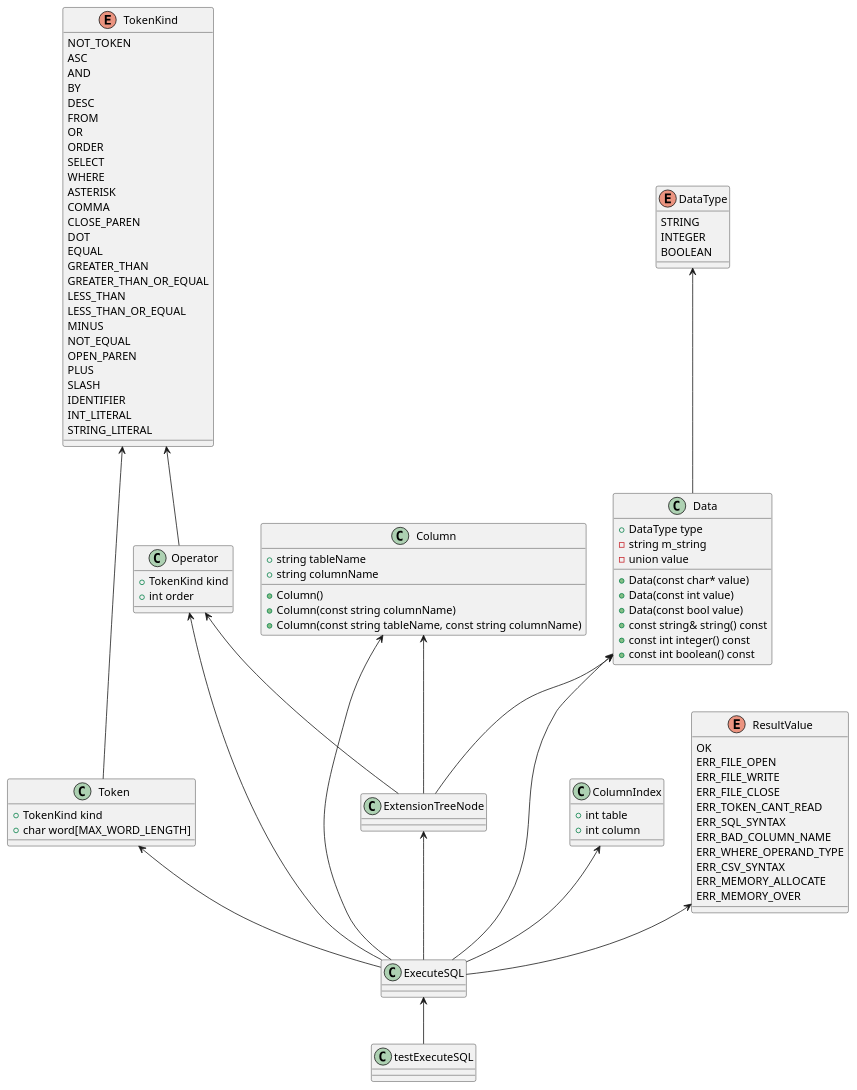
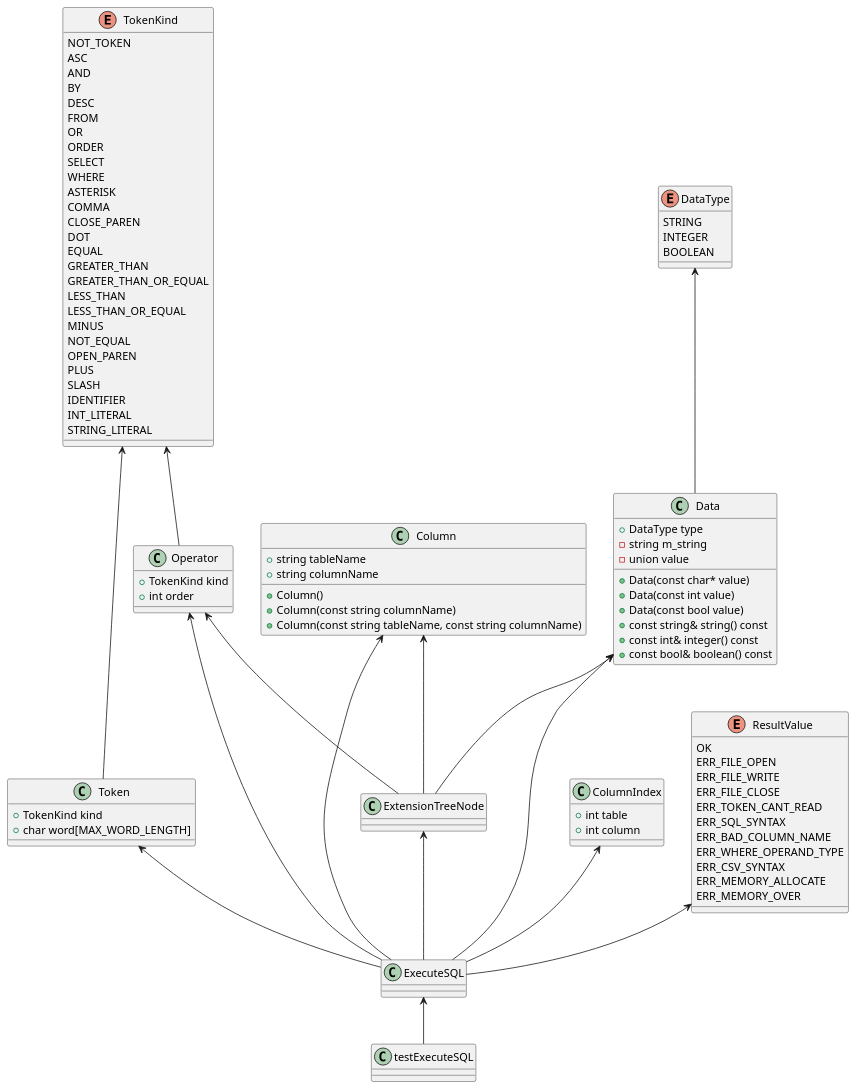
Before and after one commit to yotten/TinySQL: the diagram in ExecuteSQL.pu, drawn with PlantUML. The commit also changed 2 other files, not shown here.

```diff
--- a/ExecuteSQL.pu
+++ b/ExecuteSQL.pu
@@ -1,98 +1,98 @@
 @startuml
 
 class testExecuteSQL {}
 class ExecuteSQL {}
 class Data {
     +DataType type
 	-string m_string
 	-union value
 	+Data(const char* value)
 	+Data(const int value)
 	+Data(const bool value)
 	+const string& string() const
-	+const int integer() const
-	+const int boolean() const
+	+const int& integer() const
+	+const bool& boolean() const
 }
 class Operator{
     +TokenKind kind
     +int order
 }
 class Token{
     +TokenKind kind
     +char word[MAX_WORD_LENGTH]
 }
 class ExtensionTreeNode{}
 class ColumnIndex{
     +int table
     +int column
 }
 class Column{
     +string tableName
     +string columnName
     +Column()
     +Column(const string columnName)
     +Column(const string tableName, const string columnName)
 }
 enum DataType{
    	STRING
 	INTEGER
 	BOOLEAN
 }
 enum TokenKind{
     NOT_TOKEN
 	ASC
 	AND
 	BY
 	DESC
 	FROM
 	OR
 	ORDER
 	SELECT
 	WHERE
 	ASTERISK
 	COMMA
 	CLOSE_PAREN
 	DOT
 	EQUAL
 	GREATER_THAN
 	GREATER_THAN_OR_EQUAL
 	LESS_THAN
 	LESS_THAN_OR_EQUAL
 	MINUS
 	NOT_EQUAL
 	OPEN_PAREN
 	PLUS
 	SLASH
 	IDENTIFIER
 	INT_LITERAL
 	STRING_LITERAL
 }
 enum ResultValue{
     OK
 	ERR_FILE_OPEN
 	ERR_FILE_WRITE
 	ERR_FILE_CLOSE
 	ERR_TOKEN_CANT_READ
 	ERR_SQL_SYNTAX
 	ERR_BAD_COLUMN_NAME
 	ERR_WHERE_OPERAND_TYPE
 	ERR_CSV_SYNTAX
 	ERR_MEMORY_ALLOCATE
 	ERR_MEMORY_OVER
 }
 
 ExecuteSQL <-- testExecuteSQL
 Data <-- ExecuteSQL
 Operator <-- ExecuteSQL
 Token <-- ExecuteSQL
 ExtensionTreeNode <-- ExecuteSQL
 ColumnIndex <-- ExecuteSQL
 Column <-- ExecuteSQL
 ResultValue <-- ExecuteSQL
 DataType <-- Data
 TokenKind <-- Token
 TokenKind <-- Operator
 Operator <-- ExtensionTreeNode
 Column <-- ExtensionTreeNode
 Data <-- ExtensionTreeNode
 @enduml
```
